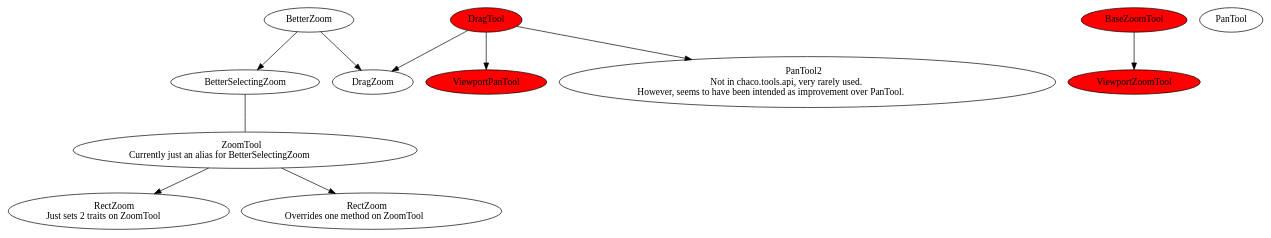
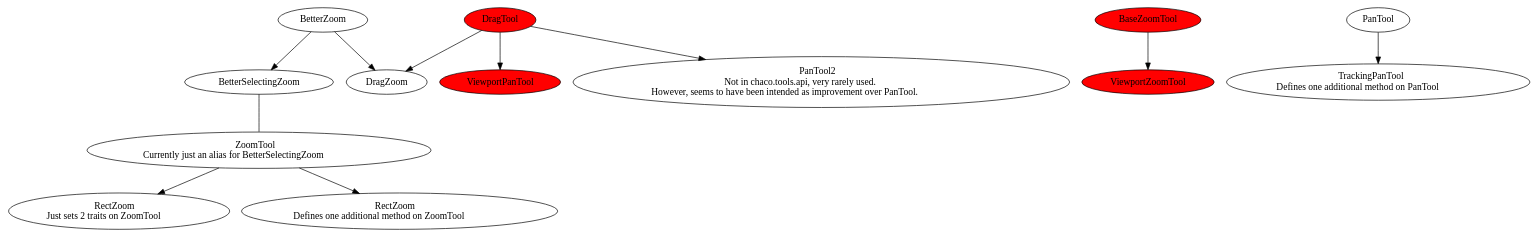
The first of 2 diagrams in docs/source/developer_reference/tool_reorg.rst (enthought/chaco), drawn with Graphviz before and after one commit. The commit also changed other lines of this file, not shown here.

```diff
--- a/docs/source/developer_reference/tool_reorg.rst
+++ b/docs/source/developer_reference/tool_reorg.rst
@@ -10,30 +10,34 @@
 .. graphviz::
 
     digraph OldToolInheritanceTree {
         BetterZoom -> DragZoom;
         BetterZoom -> BetterSelectingZoom;
         ZoomTool [
             label=<ZoomTool<BR /><FONT POINT-SIZE="14">Currently just an alias for BetterSelectingZoom</FONT>>
         ];
         BetterSelectingZoom -> ZoomTool [dir=none];
         RectZoom [
             label=<RectZoom<BR /><FONT POINT-SIZE="14">Just sets 2 traits on ZoomTool</FONT>>
         ];
         ZoomTool -> RectZoom;
         TrackingZoom [
-            label=<RectZoom<BR /><FONT POINT-SIZE="14">Overrides one method on ZoomTool</FONT>>
+            label=<RectZoom<BR /><FONT POINT-SIZE="14">Defines one additional method on ZoomTool</FONT>>
         ];
         ZoomTool -> TrackingZoom;
         DragTool [fillcolor=red, style=filled];
         DragTool -> DragZoom;
         BaseZoomTool [fillcolor=red, style=filled];
         ViewportZoomTool [fillcolor=red, style=filled];
         ViewportPanTool [fillcolor=red, style=filled];
         DragTool -> ViewportPanTool;
         BaseZoomTool -> ViewportZoomTool;
         PanTool;
+        TrackingPanTool [
+            label=<TrackingPanTool<BR /><FONT POINT-SIZE="14">Defines one additional method on PanTool</FONT>>
+        ];
+        PanTool -> TrackingPanTool;
         PanTool2 [
             label=<PanTool2<BR /><FONT POINT-SIZE="14">Not in chaco.tools.api, very rarely used.<BR />However, seems to have been intended as improvement over PanTool.</FONT>>
         ];
         DragTool -> PanTool2;
     }
```
